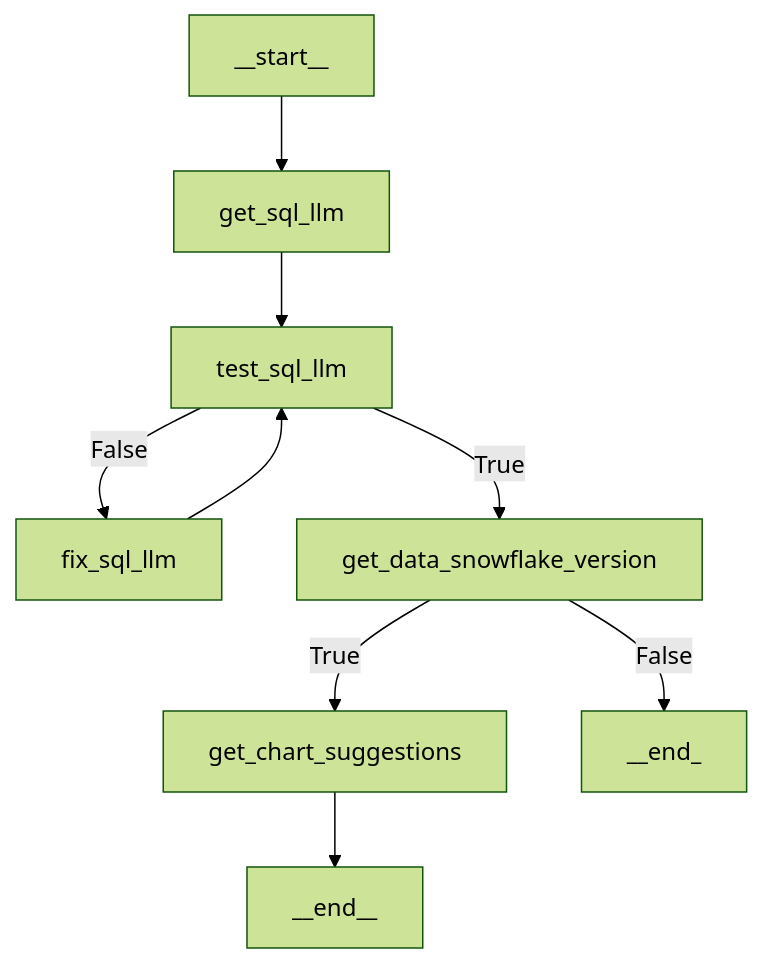
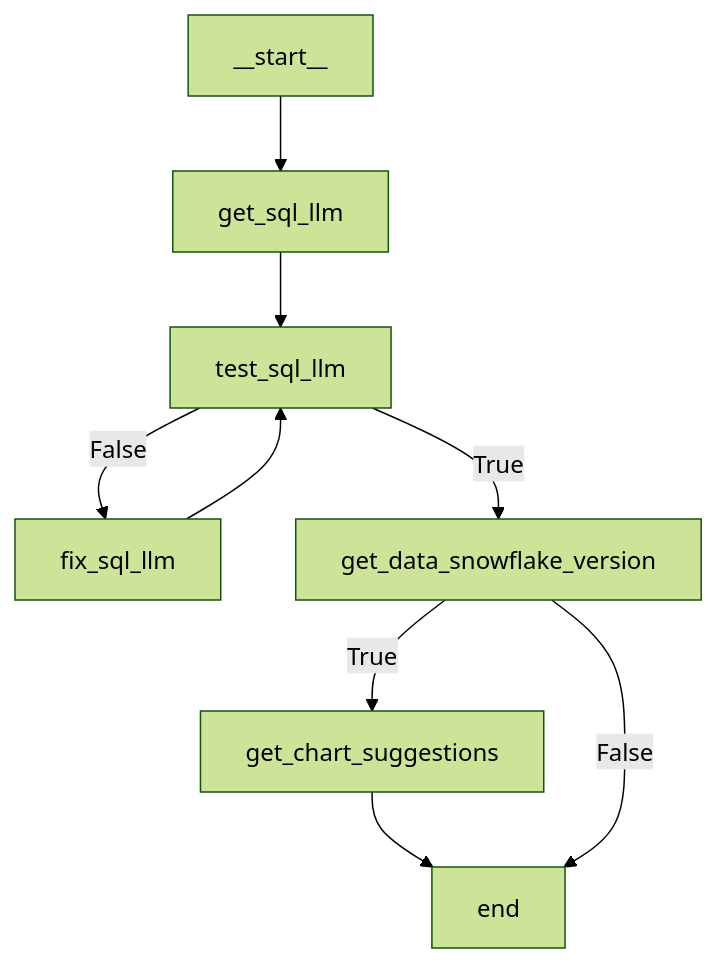
Before and after one commit to austinTracy7/Portfolio: the diagram in generative_ai/langgraph_architectural_diagram.md, drawn with Mermaid (forest theme).

````diff
--- a/generative_ai/langgraph_architectural_diagram.md
+++ b/generative_ai/langgraph_architectural_diagram.md
@@ -1,19 +1,19 @@
 ```mermaid
 flowchart TD
     __start__["__start__"]
     fix_sql_llm["fix_sql_llm"]
     get_sql_llm["get_sql_llm"]
     test_sql_llm["test_sql_llm"]
     get_data_snowflake_version["get_data_snowflake_version"]
     get_chart_suggestions["get_chart_suggestions"]
-    __end__["__end__"]
+    __end__["end"]
 
     __start__ --> get_sql_llm
     fix_sql_llm --> test_sql_llm
     get_chart_suggestions --> __end__
     get_sql_llm --> test_sql_llm
     test_sql_llm -- True --> get_data_snowflake_version
     test_sql_llm -- False --> fix_sql_llm
     get_data_snowflake_version -- True --> get_chart_suggestions
-    get_data_snowflake_version -- False --> __end_
+    get_data_snowflake_version -- False --> __end__
 ```
````
